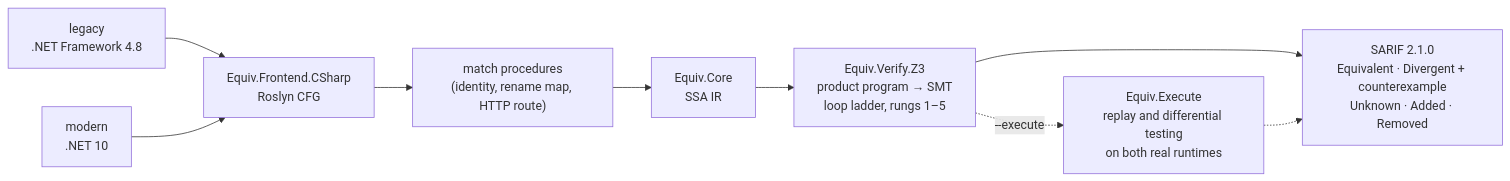
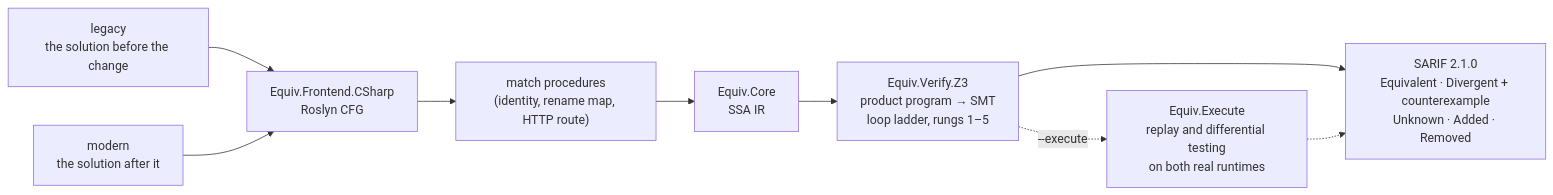
Before and after one commit to Zafnok/code-equivalency: the diagram in README.md, drawn with Mermaid. The commit also changed other lines of this file and 3 other files, not shown here.

First line of the commit message:
docs: the scope is any two C# solutions on .NET Framework 4.x or .NET 3.0 and later

````diff
--- a/README.md
+++ b/README.md
@@ -57,11 +58,11 @@
 ```mermaid
 flowchart LR
-    L["legacy<br/>.NET Framework 4.8"] --> F["Equiv.Frontend.CSharp<br/>Roslyn CFG"]
-    M["modern<br/>.NET 10"] --> F
+    L["legacy<br/>the solution before the change"] --> F["Equiv.Frontend.CSharp<br/>Roslyn CFG"]
+    M["modern<br/>the solution after it"] --> F
     F --> Match["match procedures<br/>(identity, rename map, HTTP route)"]
     Match --> IR["Equiv.Core<br/>SSA IR"]
     IR --> Z3["Equiv.Verify.Z3<br/>product program → SMT<br/>loop ladder, rungs 1–5"]
     Z3 --> S["SARIF 2.1.0<br/>Equivalent · Divergent + counterexample<br/>Unknown · Added · Removed"]
     Z3 -. "--execute" .-> X["Equiv.Execute<br/>replay and differential testing<br/>on both real runtimes"]
     X -.-> S
 ```
````
